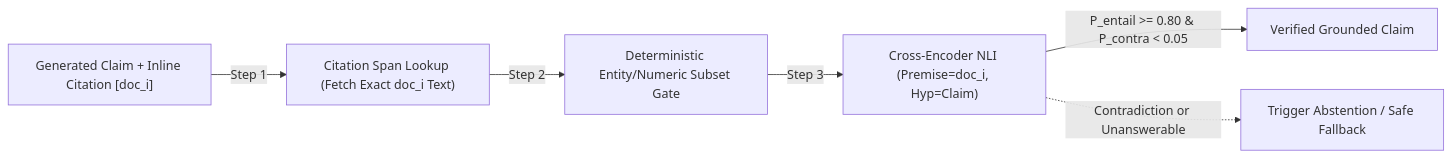
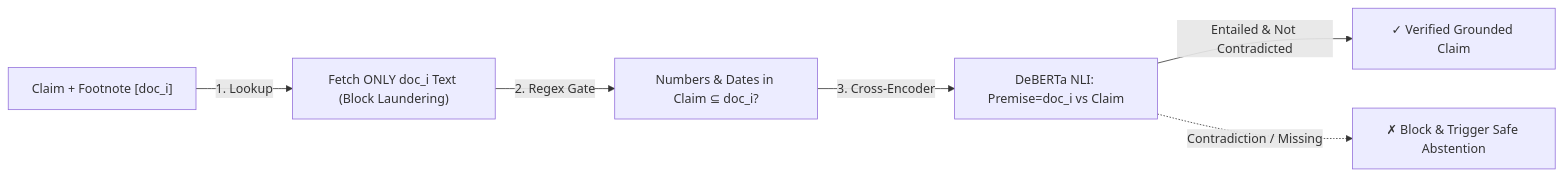
The diagram in knowledgebase/06-ai-engineering-qa-focused/04-negation-flips-entity-swaps-and-abstention-qa.md (manjunathk833/codingforinterviews), drawn with Mermaid before and after one commit. The commit also changed other lines of this file and 55 other files, not shown here.

````diff
--- a/knowledgebase/06-ai-engineering-qa-focused/04-negation-flips-entity-swaps-and-abstention-qa.md
+++ b/knowledgebase/06-ai-engineering-qa-focused/04-negation-flips-entity-swaps-and-abstention-qa.md
@@ -68,8 +106,8 @@
 ```mermaid
 flowchart LR
-  Ans["Generated Claim + Inline Citation [doc_i]"] -->|Step 1| Span["Citation Span Lookup (Fetch Exact doc_i Text)"]
-  Span -->|Step 2| Num["Deterministic Entity/Numeric Subset Gate"]
-  Num -->|Step 3| NLI["Cross-Encoder NLI (Premise=doc_i, Hyp=Claim)"]
-  NLI -->|P_entail >= 0.80 & P_contra < 0.05| Pass["Verified Grounded Claim"]
-  NLI -.->|Contradiction or Unanswerable| Block["Trigger Abstention / Safe Fallback"]
+  Claim["Claim + Footnote [doc_i]"] -->|1. Lookup| Span["Fetch ONLY doc_i Text (Block Laundering)"]
+  Span -->|2. Regex Gate| Num["Numbers & Dates in Claim ⊆ doc_i?"]
+  Num -->|3. Cross-Encoder| NLI["DeBERTa NLI: Premise=doc_i vs Claim"]
+  NLI -->|Entailed & Not Contradicted| Pass["✓ Verified Grounded Claim"]
+  NLI -.->|Contradiction / Missing| Block["✗ Block & Trigger Safe Abstention"]
 ```
````
